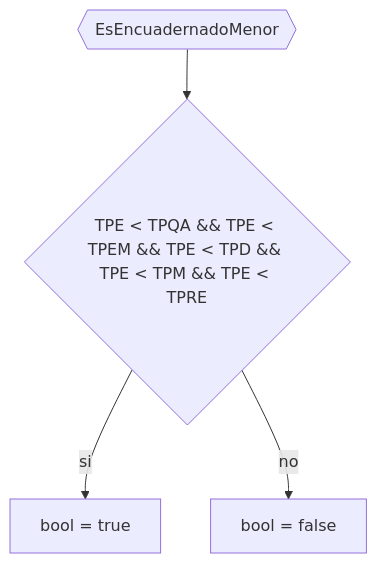
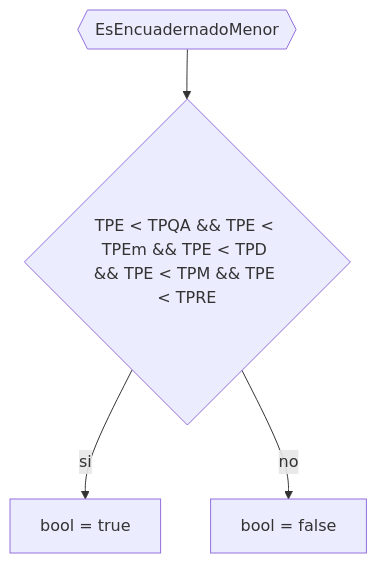
Before and after one commit to JuanManuelPrividera/TP-Simu: the diagram in docs/Diagramas/init/EsEncuadernadoMenor.mermaid, drawn with Mermaid. The commit also changed 24 other files, not shown here.

```diff
--- a/docs/Diagramas/init/EsEncuadernadoMenor.mermaid
+++ b/docs/Diagramas/init/EsEncuadernadoMenor.mermaid
@@ -1,4 +1,4 @@
 flowchart TD
-    aa{{EsEncuadernadoMenor}} --> if0{"TPE < TPQA && TPE < TPEM && TPE < TPD && TPE < TPM && TPE < TPRE"}
+    aa{{EsEncuadernadoMenor}} --> if0{"TPE < TPQA && TPE < TPEm && TPE < TPD && TPE < TPM && TPE < TPRE"}
     if0 --> |si| a[bool = true]
     if0 --> |no| a1[bool = false]
```
